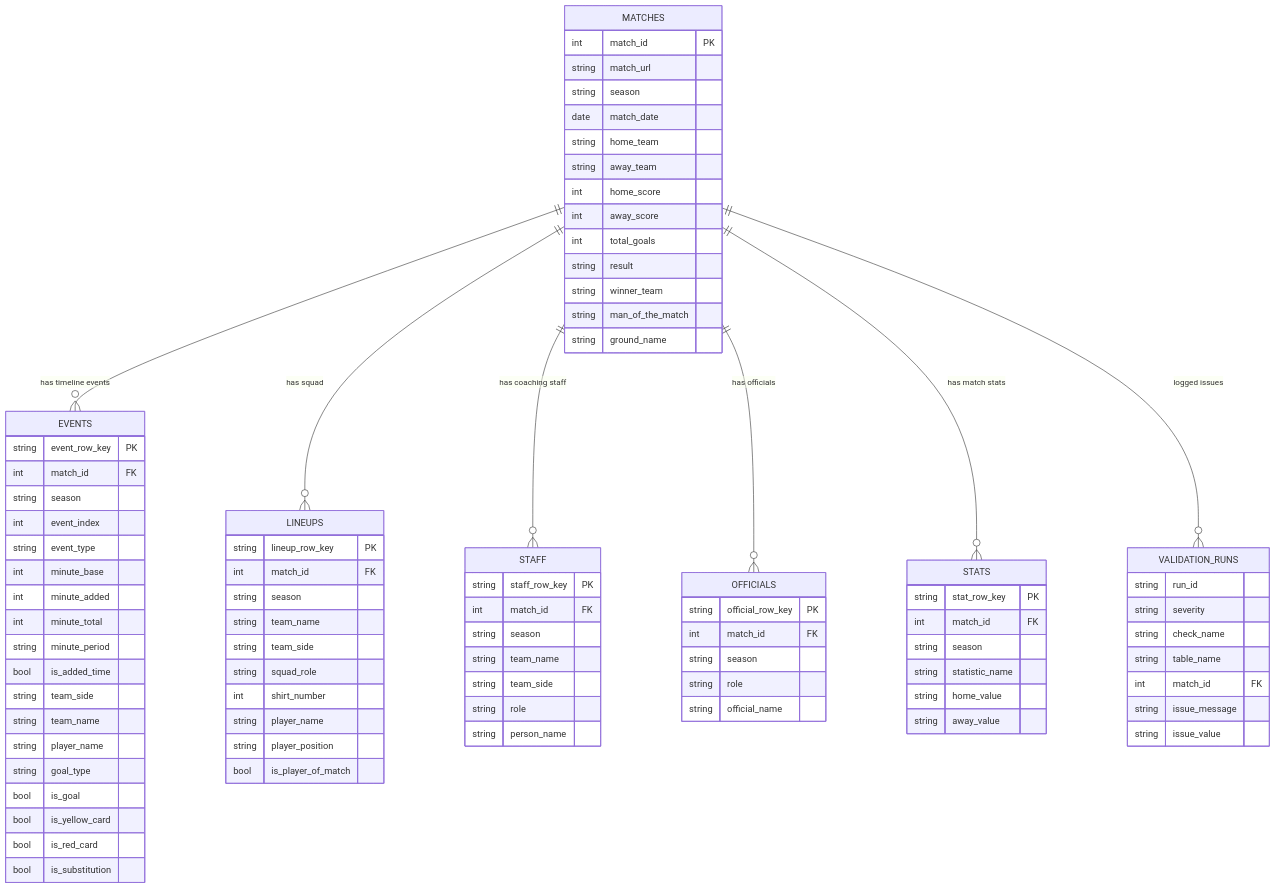
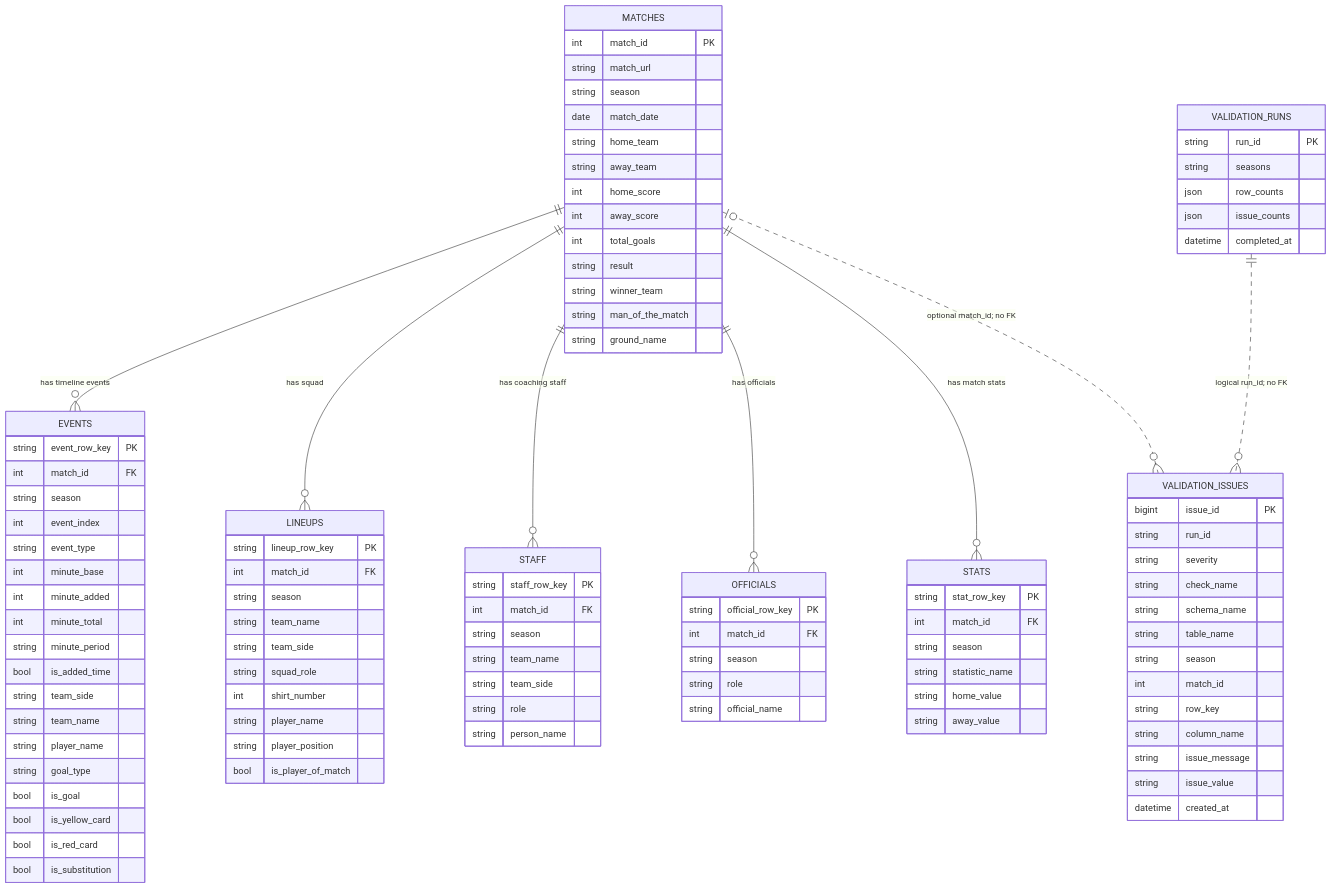
One commit to humphrey-nyanzi/UPL-goal-timing changed the third of 5 diagrams in docs/diagram_collection.md. Above: the diagram before and after it, drawn with Mermaid. The commit also changed other lines of this file and 2 other files, not shown here.

Commit message:
docs: correct architecture transition details

````diff
--- a/docs/diagram_collection.md
+++ b/docs/diagram_collection.md
@@ -217,13 +228,27 @@
     }
 
     VALIDATION_RUNS {
+        string  run_id          PK
+        string  seasons
+        json    row_counts
+        json    issue_counts
+        datetime completed_at
+    }
+
+    VALIDATION_ISSUES {
+        bigint  issue_id        PK
         string  run_id
         string  severity
         string  check_name
+        string  schema_name
         string  table_name
-        int     match_id        FK
+        string  season
+        int     match_id
+        string  row_key
+        string  column_name
         string  issue_message
         string  issue_value
+        datetime created_at
     }
 
     MATCHES ||--o{ EVENTS          : "has timeline events"
@@ -231,5 +256,6 @@
     MATCHES ||--o{ STAFF           : "has coaching staff"
     MATCHES ||--o{ OFFICIALS       : "has officials"
     MATCHES ||--o{ STATS           : "has match stats"
-    MATCHES ||--o{ VALIDATION_RUNS : "logged issues"
+    VALIDATION_RUNS ||..o{ VALIDATION_ISSUES : "logical run_id; no FK"
+    MATCHES o|..o{ VALIDATION_ISSUES : "optional match_id; no FK"
 ```
````
